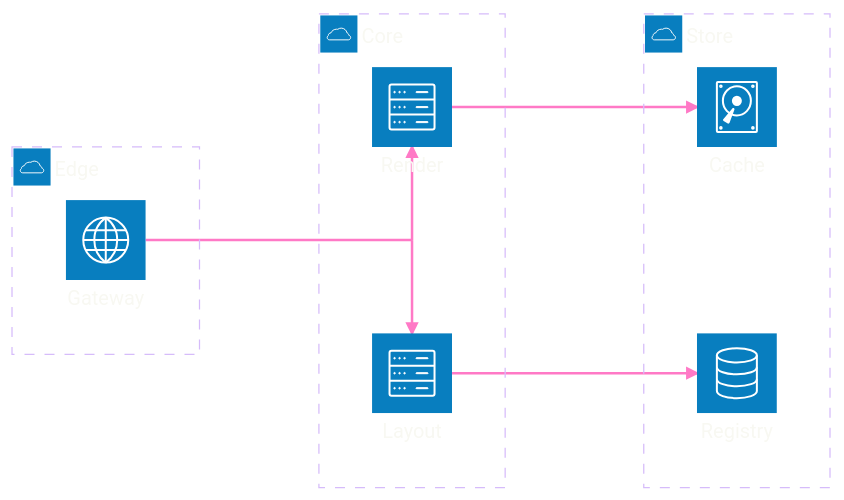
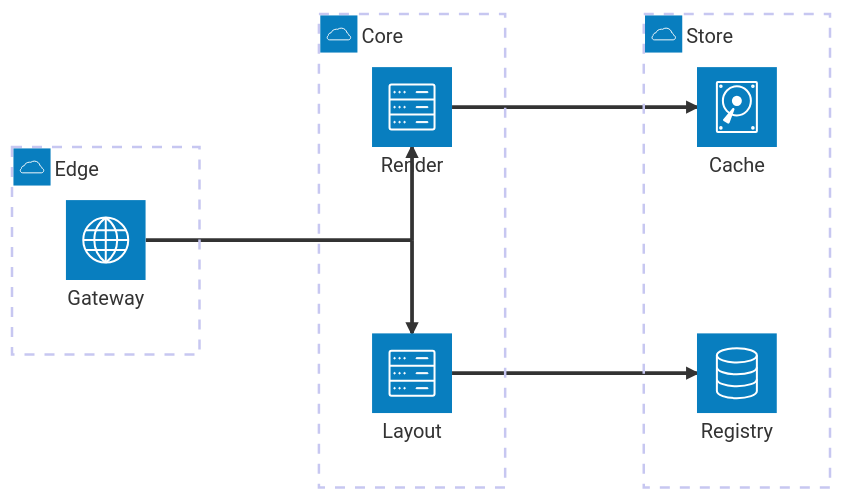
The diagram in .claude/skills/mermaid-diagramming/templates/topology.mmd.md (bsamiee/Rasm), drawn with Mermaid before and after one commit. The commit also changed other lines of this file and 28 other files, not shown here.

Commit message:
skills(docgen+mermaid): payload-only diagram law — docgen gate/fixer strips fence styling; mermaid bundle sheds the styling canon, theming survives as one opt-in reference

````diff
--- a/.claude/skills/mermaid-diagramming/templates/topology.mmd.md
+++ b/.claude/skills/mermaid-diagramming/templates/topology.mmd.md
@@ -5,44 +5,30 @@
 ```mermaid
 ---
 config:
-  theme: base
-  look: classic
   architecture:
     seed: 7
     iconSize: 64
-  themeVariables:
-    darkMode: true
-    fontFamily: "SF Mono, Menlo, Cascadia Mono, Segoe UI Mono, Consolas, monospace"
-    useGradient: false
-    dropShadow: "none"
-    textColor: "#F8F8F2"
-    archEdgeColor: "#FF79C6"
-    archEdgeArrowColor: "#FF79C6"
-    archEdgeWidth: "2"
-    archGroupBorderColor: "#D6BCFA"
-    archGroupBorderWidth: "1"
-  themeCSS: ".architecture-service svg rect{fill:#44475A!important}.architecture-groups svg rect{fill:#44475A!important}.architecture-groups text{fill:#D6BCFA;font-size:13.5px;font-weight:700;letter-spacing:.08em}.architecture-services text{font-size:13px;font-weight:500}.node-bkg{stroke-dasharray:5 4}"
 ---
 architecture-beta
   accTitle: Render service topology
   accDescr: An edge gateway fanning through a junction bus to a render and layout service pair backed by a content cache and an artifact registry, aligned into an orthogonal grid.
   group edge(cloud)[Edge]
   group core(cloud)[Core]
   group store(cloud)[Store]
   service gw(internet)[Gateway] in edge
   service render(server)[Render] in core
   service layout(server)[Layout] in core
   service cache(disk)[Cache] in store
   service registry(database)[Registry] in store
   junction jfan in core
   gw:R -- L:jfan
   jfan:T --> B:render
   jfan:B --> T:layout
   render:R --> L:cache
   layout:R --> L:registry
   align row gw jfan
   align column render jfan layout
   align row render cache
   align row layout registry
   align column cache registry
 ```
````
